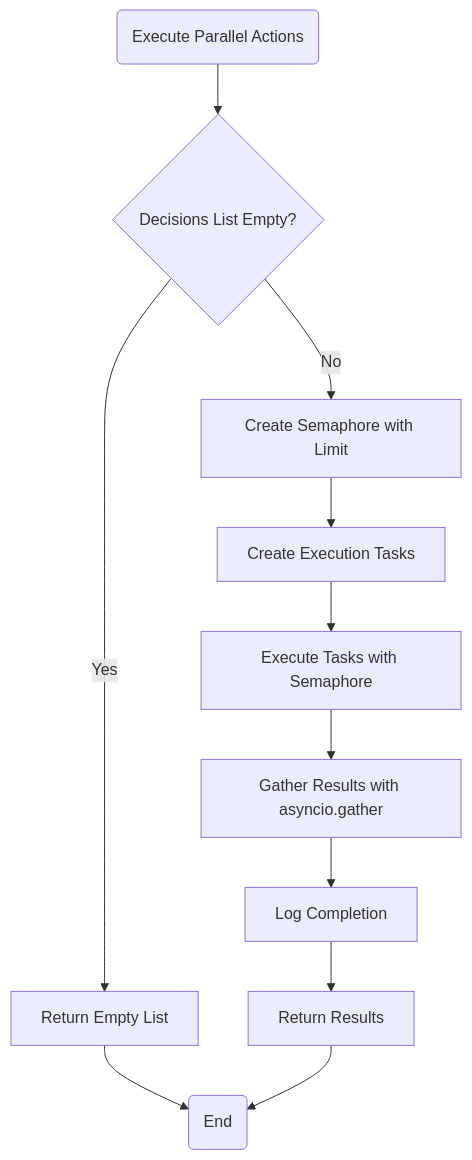
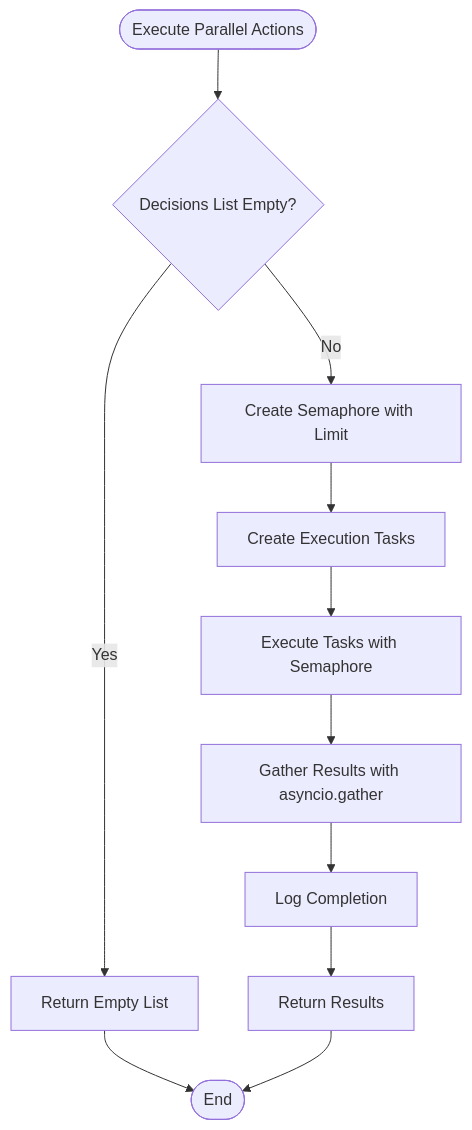
Before and after one commit to Likhithsai2580/RAVANA-WIKI: the fourth of 4 diagrams in docs/API Reference/Multi-modal Service API.md, drawn with Mermaid. The commit also changed other lines of this file and 78 other files, not shown here.

````diff
--- a/docs/API Reference/Multi-modal Service API.md
+++ b/docs/API Reference/Multi-modal Service API.md
@@ -401,14 +398,13 @@
 ```mermaid
 flowchart TD
-Start("Execute Parallel Actions") --> CheckEmpty{"Decisions List Empty?"}
+Start([Execute Parallel Actions]) --> CheckEmpty{"Decisions List Empty?"}
 CheckEmpty --> |Yes| ReturnEmpty[Return Empty List]
 CheckEmpty --> |No| CreateSemaphore[Create Semaphore with Limit]
 CreateSemaphore --> CreateTasks[Create Execution Tasks]
 CreateTasks --> ExecuteTasks[Execute Tasks with Semaphore]
 ExecuteTasks --> GatherResults[Gather Results with asyncio.gather]
 GatherResults --> LogCompletion[Log Completion]
 LogCompletion --> ReturnResults[Return Results]
-ReturnEmpty --> End("End")
+ReturnEmpty --> End([End])
 ReturnResults --> End
-
 ```
````
